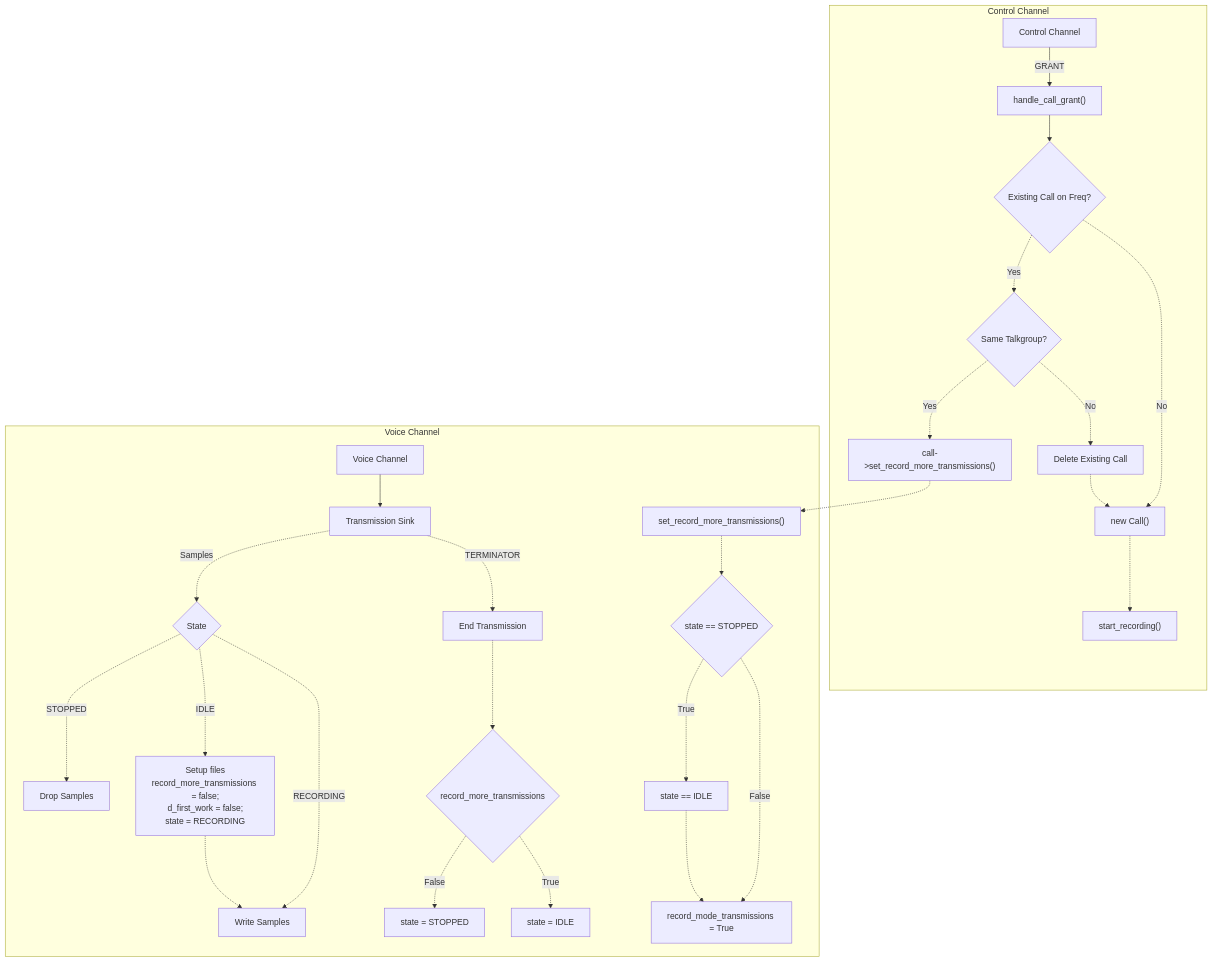
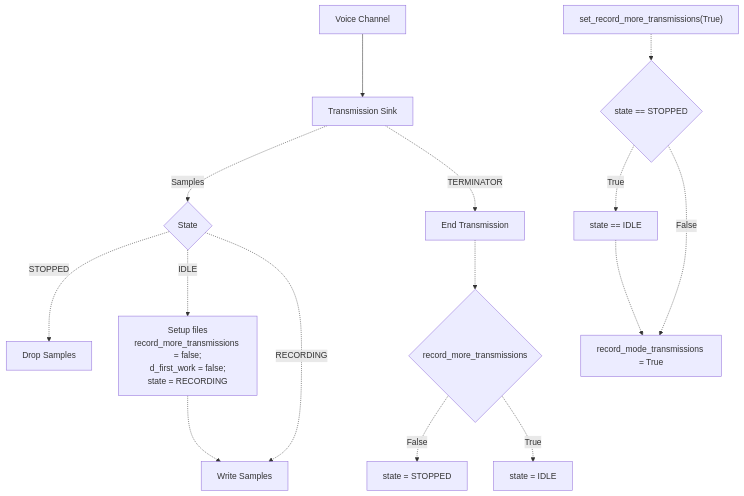
The second of 4 diagrams in docs/notes/CALL-HANDLING.md (robotastic/trunk-recorder), drawn with Mermaid before and after one commit. The commit also changed other lines of this file, not shown here.

````diff
--- a/docs/notes/CALL-HANDLING.md
+++ b/docs/notes/CALL-HANDLING.md
@@ -1,33 +13,17 @@
 ```mermaid
 flowchart TD
-    E -.-> L1
-    subgraph Control Channel
-    A[Control Channel] -->|GRANT| B["handle_call_grant()"]
-    B --> C{Existing Call on Freq?}
-    C -.->|Yes| D{Same Talkgroup?}
-    C -.->|No| G["new Call()"]
-    D -.->|Yes| E["call->set_record_more_transmissions()"]
-    D -.->|No| F[Delete Existing Call]
-    F -.-> G
-    G -.-> H["start_recording()"]
-
-    end
-    subgraph Voice Channel
-    A1[Voice Channel] --> B1[Transmission Sink]
-    B1 -.->|Samples| C1{State}
-    C1 -.->|STOPPED| D1[Drop Samples]
-    C1 -.->|IDLE| F1["Setup files\nrecord_more_transmissions = false;\nd_first_work = false;\nstate = RECORDING"]
-    C1 -.->|RECORDING| G1[Write Samples]
-    F1 -.-> G1
-    B1 -.->|TERMINATOR| H1["End Transmission"]
-    H1 -.-> I1{"record_more_transmissions"}
-    I1 -.->|False| J1["state = STOPPED"]
-    I1 -.->|True| K1["state = IDLE"]
-    L1["set_record_more_transmissions()"] -.-> N1{state == STOPPED}
-    N1 -.->|True| O1["state == IDLE"]
-    N1 -.->|False| P1["record_mode_transmissions = True"]
-    O1 -.-> P1
-    end
-    
-
+A1[Voice Channel] --> B1[Transmission Sink]
+B1 -.->|Samples| C1{State}
+C1 -.->|STOPPED| D1[Drop Samples]
+C1 -.->|IDLE| F1["Setup files\nrecord_more_transmissions = false;\nd_first_work = false;\nstate = RECORDING"]
+C1 -.->|RECORDING| G1[Write Samples]
+F1 -.-> G1
+B1 -.->|TERMINATOR| H1["End Transmission"]
+H1 -.-> I1{"record_more_transmissions"}
+I1 -.->|False| J1["state = STOPPED"]
+I1 -.->|True| K1["state = IDLE"]
+L1["set_record_more_transmissions(True)"] -.-> N1{state == STOPPED}
+N1 -.->|True| O1["state == IDLE"]
+N1 -.->|False| P1["record_mode_transmissions = True"]
+O1 -.-> P1
 ```
````
